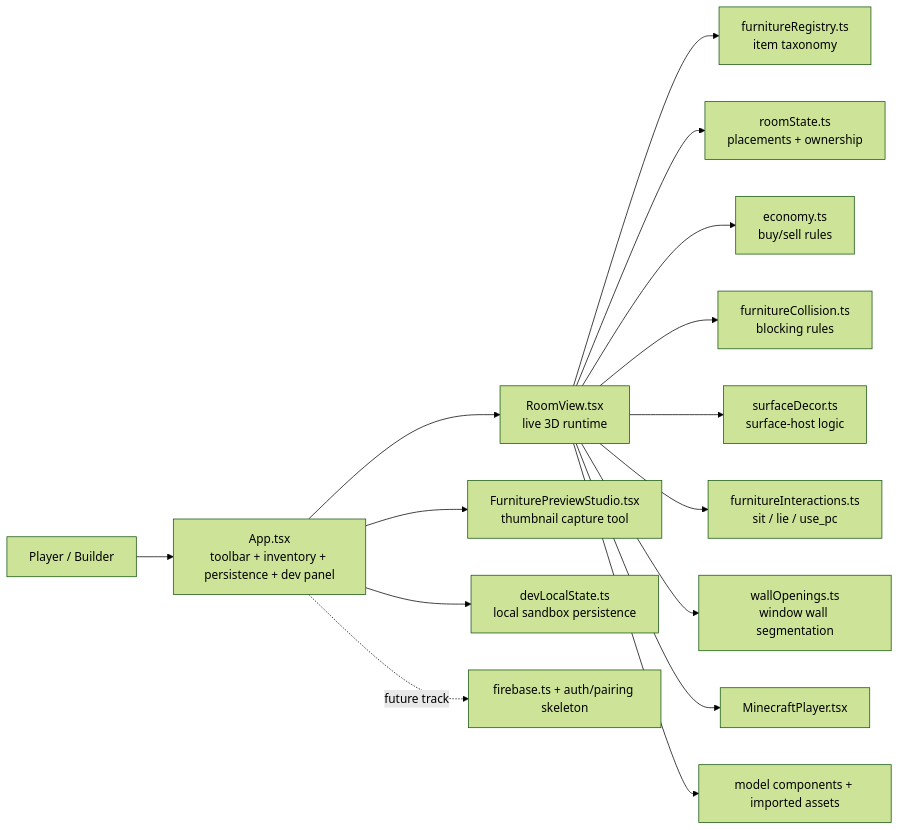
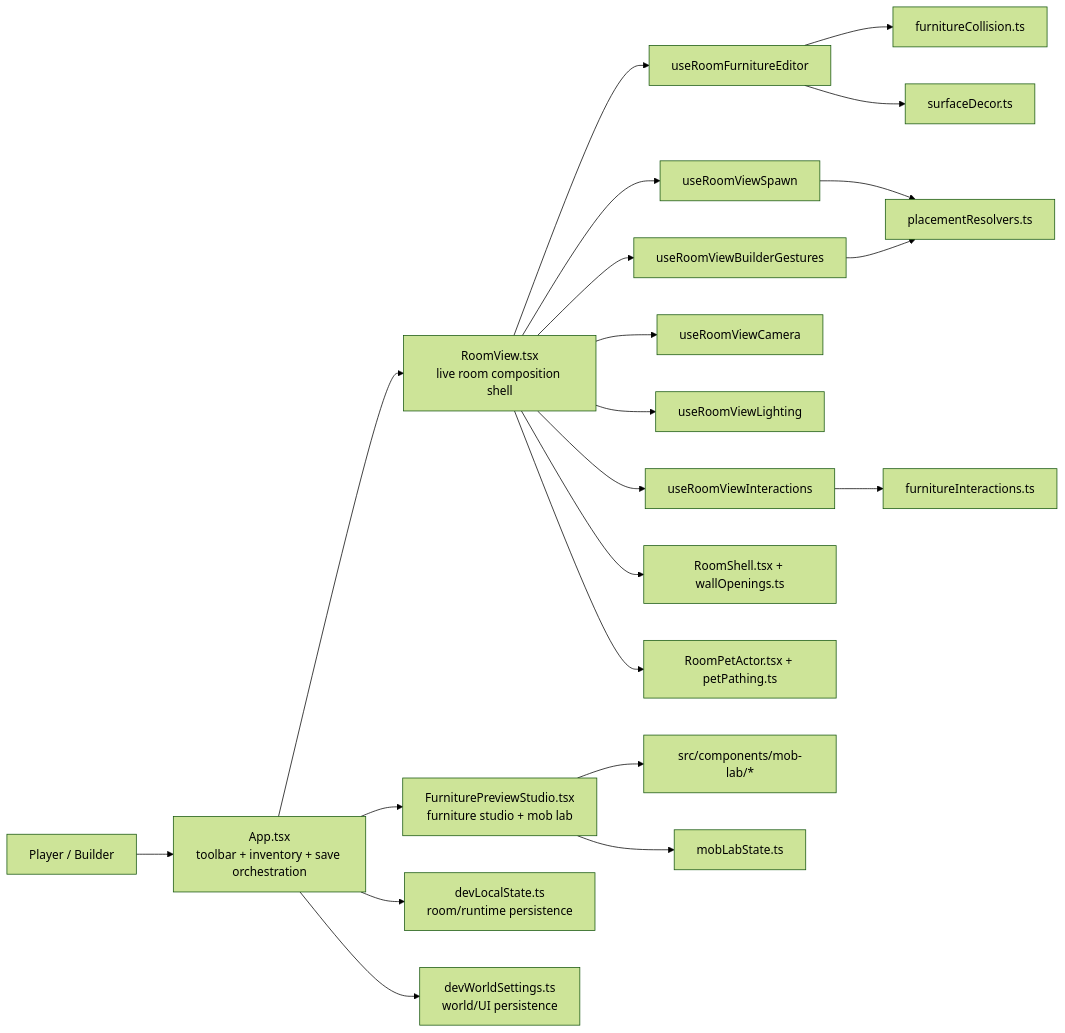
One commit to Erlavush/FAHHH changed the first of 6 diagrams in docs/DIAGRAMS.md. Above: the diagram before and after it, drawn with Mermaid (forest theme). The commit also changed other lines of this file and 78 other files, not shown here.

````diff
--- a/docs/DIAGRAMS.md
+++ b/docs/DIAGRAMS.md
@@ -5,19 +5,25 @@
 ```mermaid
 flowchart LR
-  Player["Player / Builder"] --> App["App.tsx<br/>toolbar + inventory + persistence + dev panel"]
-  App --> Room["RoomView.tsx<br/>live 3D runtime"]
-  App --> Preview["FurniturePreviewStudio.tsx<br/>thumbnail capture tool"]
-  App --> Save["devLocalState.ts<br/>local sandbox persistence"]
+  Player["Player / Builder"] --> App["App.tsx<br/>toolbar + inventory + save orchestration"]
+  App --> Room["RoomView.tsx<br/>live room composition shell"]
+  App --> Preview["FurniturePreviewStudio.tsx<br/>furniture studio + mob lab"]
+  App --> Save["devLocalState.ts<br/>room/runtime persistence"]
+  App --> World["devWorldSettings.ts<br/>world/UI persistence"]
 
-  Room --> Registry["furnitureRegistry.ts<br/>item taxonomy"]
-  Room --> RoomState["roomState.ts<br/>placements + ownership"]
-  Room --> Economy["economy.ts<br/>buy/sell rules"]
-  Room --> Collision["furnitureCollision.ts<br/>blocking rules"]
-  Room --> Surface["surfaceDecor.ts<br/>surface-host logic"]
-  Room --> Interactions["furnitureInteractions.ts<br/>sit / lie / use_pc"]
-  Room --> Openings["wallOpenings.ts<br/>window wall segmentation"]
-  Room --> Avatar["MinecraftPlayer.tsx"]
-  Room --> Models["model components + imported assets"]
+  Room --> Editor["useRoomFurnitureEditor"]
+  Room --> Gestures["useRoomViewBuilderGestures"]
+  Room --> Interactions["useRoomViewInteractions"]
+  Room --> Camera["useRoomViewCamera"]
+  Room --> Lighting["useRoomViewLighting"]
+  Room --> Spawn["useRoomViewSpawn"]
 
-  App -. future track .-> Firebase["firebase.ts + auth/pairing skeleton"]
+  Spawn --> Placement["placementResolvers.ts"]
+  Gestures --> Placement
+  Editor --> Collision["furnitureCollision.ts"]
+  Editor --> Surface["surfaceDecor.ts"]
+  Interactions --> Targeting["furnitureInteractions.ts"]
+  Room --> Shell["RoomShell.tsx + wallOpenings.ts"]
+  Room --> Pets["RoomPetActor.tsx + petPathing.ts"]
+  Preview --> MobLab["src/components/mob-lab/*"]
+  Preview --> MobState["mobLabState.ts"]
 ```
````
